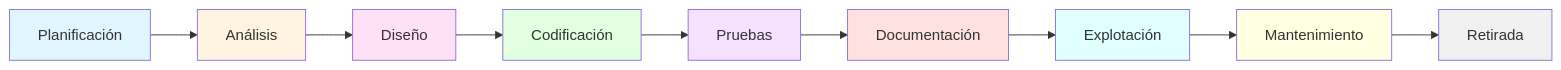
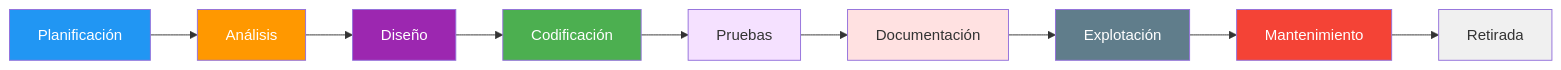
Before and after one commit to joseluisgs/EntornosDesarrollo-01-2026-2027: the diagram in 03-ciclo-vida.md, drawn with Mermaid. The commit also changed 9 other files, not shown here.

Commit message:
[fix] Mejoras didácticas y corrección de colores Mermaid en UD01

````diff
--- a/03-ciclo-vida.md
+++ b/03-ciclo-vida.md
@@ -43,21 +43,21 @@
 ```mermaid
 graph LR
     A[Planificación] --> B[Análisis]
     B --> C[Diseño]
     C --> D[Codificación]
     D --> E[Pruebas]
     E --> F[Documentación]
     F --> G[Explotación]
     G --> H[Mantenimiento]
     H --> I[Retirada]
 
-    style A fill:#e1f5ff
-    style B fill:#fff4e1
-    style C fill:#ffe1f5
-    style D fill:#e1ffe1
+    style A fill:#2196F3,color:#fff
+    style B fill:#FF9800,color:#fff
+    style C fill:#9C27B0,color:#fff
+    style D fill:#4CAF50,color:#fff
     style E fill:#f5e1ff
     style F fill:#ffe1e1
-    style G fill:#e1ffff
-    style H fill:#ffffe1
+    style G fill:#607D8B,color:#fff
+    style H fill:#f44336,color:#fff
     style I fill:#f0f0f0
 ```
````
